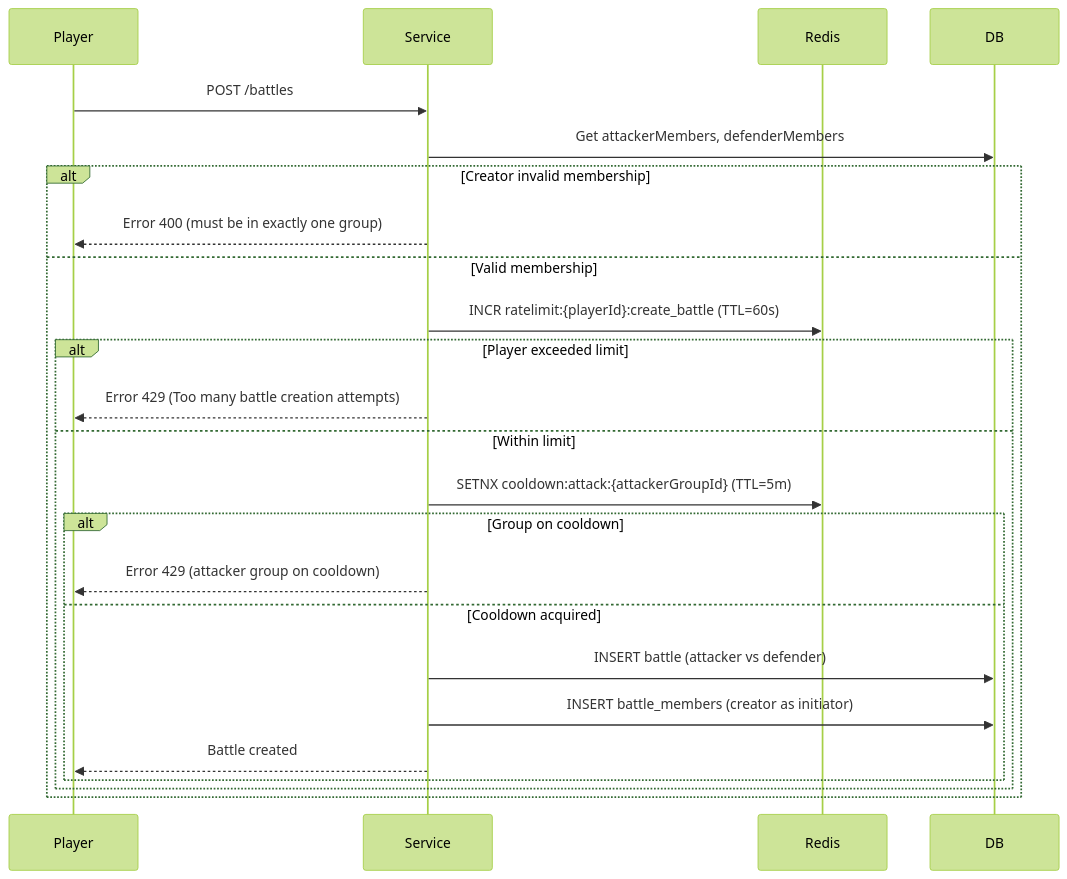
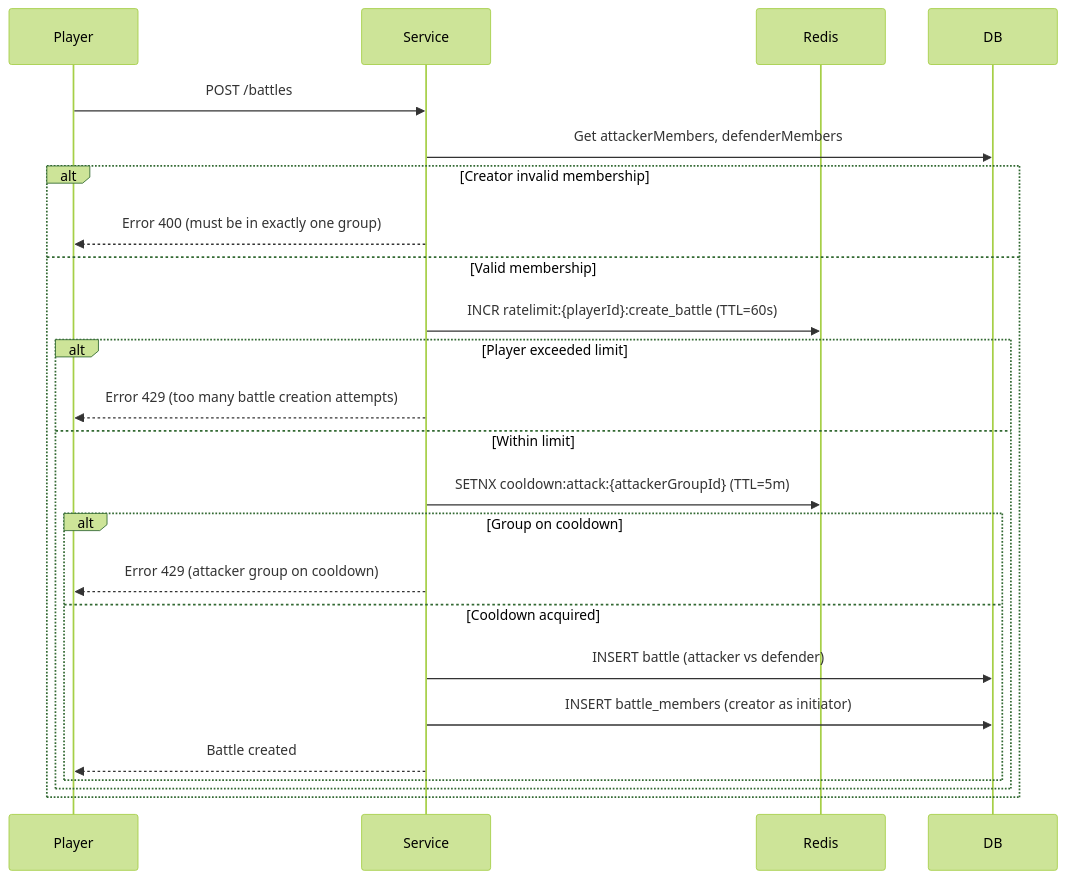
One commit to akulnurislam/social-game changed the second of 5 diagrams in README.md. Above: the diagram before and after it, drawn with Mermaid (forest theme). The commit also changed other lines of this file and 2 other files, not shown here.

Commit message:
readme and architecture

````diff
--- a/README.md
+++ b/README.md
@@ -193,28 +228,28 @@
    ```mermaid
    sequenceDiagram
        participant Player
        participant Service
        participant Redis
        participant DB
 
        Player->>Service: POST /battles
 
        Service->>DB: Get attackerMembers, defenderMembers
        alt Creator invalid membership
            Service-->>Player: Error 400 (must be in exactly one group)
        else Valid membership
            Service->>Redis: INCR ratelimit:{playerId}:create_battle (TTL=60s)
            alt Player exceeded limit
-               Service-->>Player: Error 429 (Too many battle creation attempts)
+               Service-->>Player: Error 429 (too many battle creation attempts)
            else Within limit
                Service->>Redis: SETNX cooldown:attack:{attackerGroupId} (TTL=5m)
                alt Group on cooldown
                    Service-->>Player: Error 429 (attacker group on cooldown)
                else Cooldown acquired
                    Service->>DB: INSERT battle (attacker vs defender)
                    Service->>DB: INSERT battle_members (creator as initiator)
                    Service-->>Player: Battle created
                end
            end
        end
    ```
````
